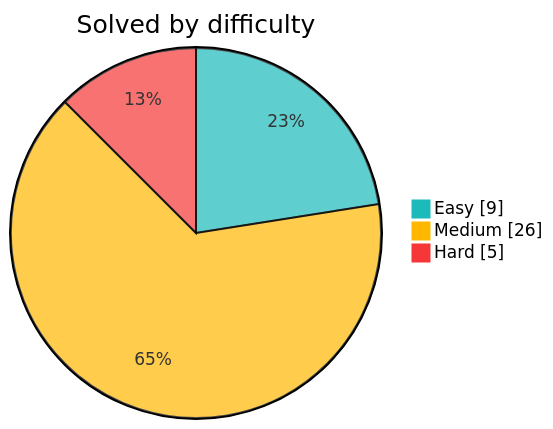
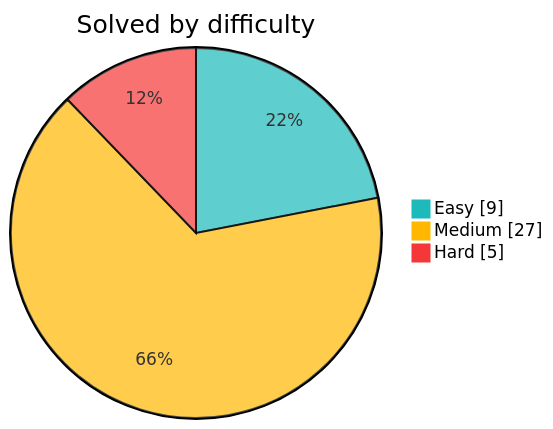
Before and after one commit to Sekler09/algorithms: the diagram in README.md, drawn with Mermaid. The commit also changed other lines of this file and 3 other files, not shown here.

````diff
--- a/README.md
+++ b/README.md
@@ -9,8 +9,8 @@
 ```mermaid
 %%{init: {"themeVariables": {"pie1": "#1cbaba", "pie2": "#ffb700", "pie3": "#f63737"}}}%%
 pie showData
     title Solved by difficulty
     "Easy" : 9
-    "Medium" : 26
+    "Medium" : 27
     "Hard" : 5
 ```
````
